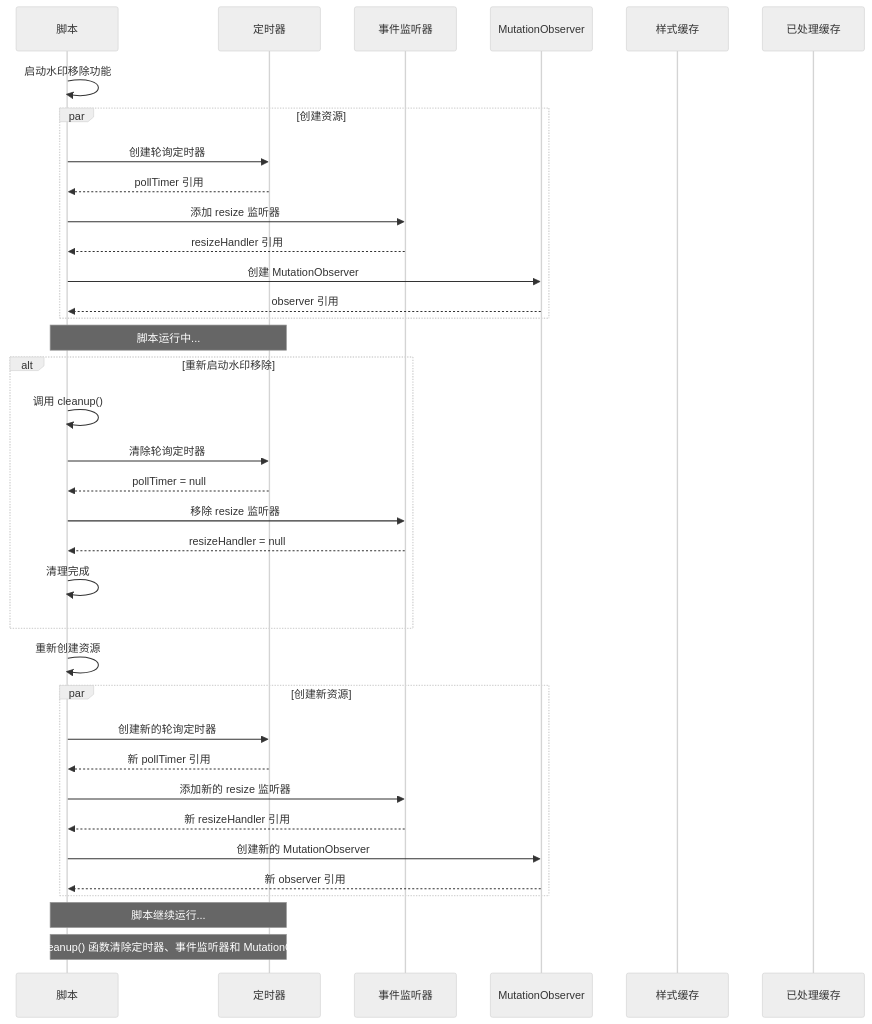
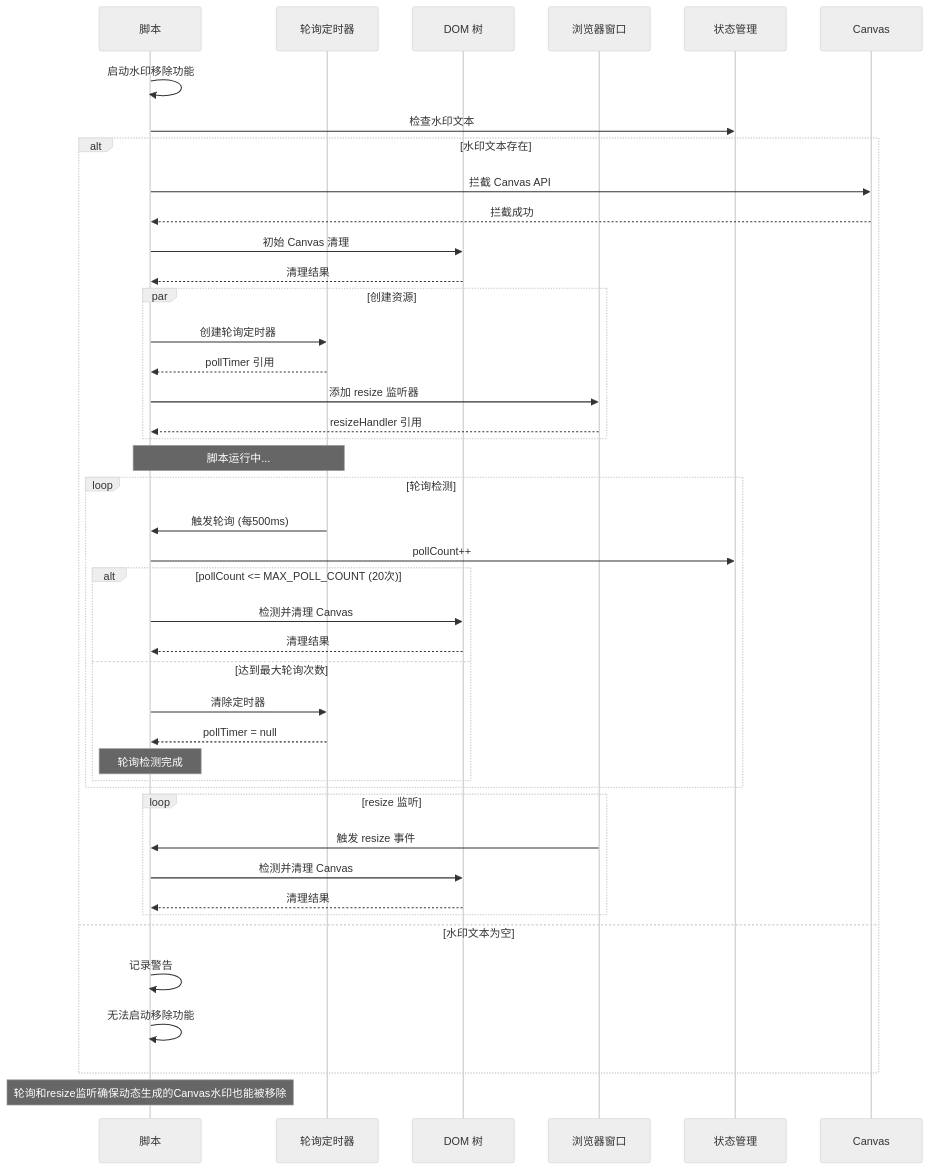
One commit to wang93wei/Xiaomi-MiMo-Studio-Watermark-Remover changed the fifth of 6 diagrams in doc/SEQUENCE_DIAGRAMS.md. Above: the diagram before and after it, drawn with Mermaid (neutral theme). The commit also changed other lines of this file and 4 other files, not shown here.

````diff
--- a/doc/SEQUENCE_DIAGRAMS.md
+++ b/doc/SEQUENCE_DIAGRAMS.md
@@ -726,50 +231,54 @@
 ```mermaid
 sequenceDiagram
     participant Script as 脚本
-    participant Timer as 定时器
-    participant EventListener as 事件监听器
-    participant Observer as MutationObserver
-    participant StyleCache as 样式缓存
-    participant ProcessedCache as 已处理缓存
+    participant Timer as 轮询定时器
+    participant DOM as DOM 树
+    participant Window as 浏览器窗口
+    participant State as 状态管理
 
     Script->>Script: 启动水印移除功能
+    Script->>State: 检查水印文本
 
-    par 创建资源
-        Script->>Timer: 创建轮询定时器
-        Timer-->>Script: pollTimer 引用
-        Script->>EventListener: 添加 resize 监听器
-        EventListener-->>Script: resizeHandler 引用
-        Script->>Observer: 创建 MutationObserver
-        Observer-->>Script: observer 引用
+    alt 水印文本存在
+        Script->>Canvas: 拦截 Canvas API
+        Canvas-->>Script: 拦截成功
+
+        Script->>DOM: 初始 Canvas 清理
+        DOM-->>Script: 清理结果
+
+        par 创建资源
+            Script->>Timer: 创建轮询定时器
+            Timer-->>Script: pollTimer 引用
+
+            Script->>Window: 添加 resize 监听器
+            Window-->>Script: resizeHandler 引用
+        end
+
+        Note over Script,Timer: 脚本运行中...
+
+        loop 轮询检测
+            Timer->>Script: 触发轮询 (每500ms)
+            Script->>State: pollCount++
+
+            alt pollCount <= MAX_POLL_COUNT (20次)
+                Script->>DOM: 检测并清理 Canvas
+                DOM-->>Script: 清理结果
+            else 达到最大轮询次数
+                Script->>Timer: 清除定时器
+                Timer-->>Script: pollTimer = null
+                Note over Script: 轮询检测完成
+            end
+        end
+
+        loop resize 监听
+            Window->>Script: 触发 resize 事件
+            Script->>DOM: 检测并清理 Canvas
+            DOM-->>Script: 清理结果
+        end
+    else 水印文本为空
+        Script->>Script: 记录警告
+        Script->>Script: 无法启动移除功能
     end
 
-    Note over Script,Timer: 脚本运行中...
-
-    alt 重新启动水印移除
-        Script->>Script: 调用 cleanup()
-
-        Script->>Timer: 清除轮询定时器
-        Timer-->>Script: pollTimer = null
-
-        Script->>EventListener: 移除 resize 监听器
-        EventListener-->>Script: resizeHandler = null
-
-        Script->>Script: 清理完成
-    end
-
-    Script->>Script: 重新创建资源
-
-    par 创建新资源
-        Script->>Timer: 创建新的轮询定时器
-        Timer-->>Script: 新 pollTimer 引用
-        Script->>EventListener: 添加新的 resize 监听器
-        EventListener-->>Script: 新 resizeHandler 引用
-
-        Script->>Observer: 创建新的 MutationObserver
-        Observer-->>Script: 新 observer 引用
-    end
-
-    Note over Script,Timer: 脚本继续运行...
-
-    Note over Script,Timer: 注意：cleanup() 函数清除定时器、事件监听器和 MutationObserver
+    Note over Script: 轮询和resize监听确保动态生成的Canvas水印也能被移除
 ```
````
